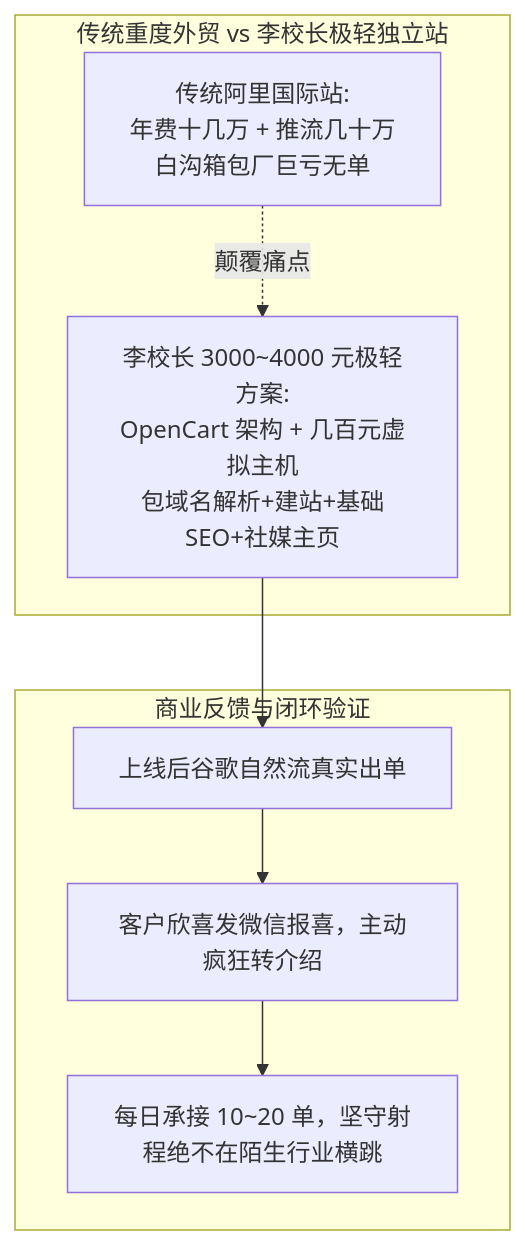
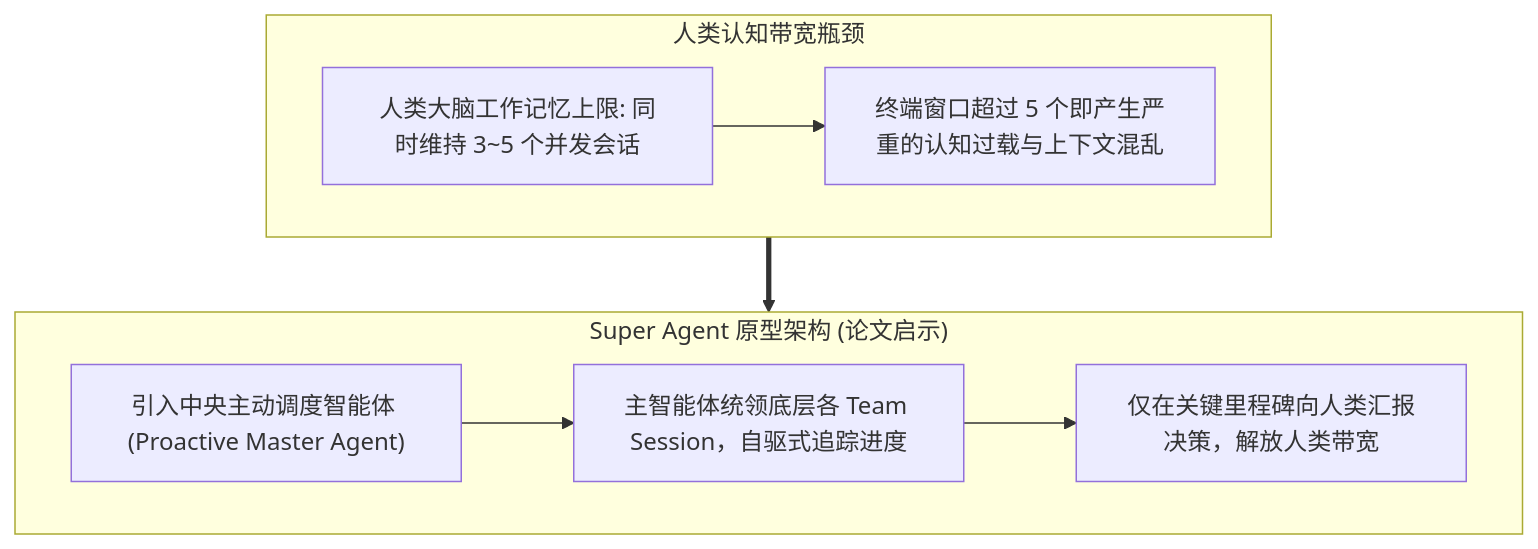
Before and after one commit to dollarser/knowledge: diagram 11 of 16 in content/live-20261102-01.md, drawn with Mermaid. The commit also changed other lines of this file and 1 other file, not shown here.

Commit message:
feat(qizhi): deep full-text distillation for 2026-11-02 session 92 (11.4h)

````diff
--- a/content/live-20261102-01.md
+++ b/content/live-20261102-01.md
@@ -157,15 +377,17 @@
 ```mermaid
 flowchart TD
-    subgraph Contrast["传统重度外贸 vs 李校长极轻独立站"]
-        A1["传统阿里国际站:<br/>年费十几万 + 推流几十万<br/>白沟箱包厂巨亏无单"]
-        B1["李校长 3000~4000 元极轻方案:<br/>OpenCart 架构 + 几百元虚拟主机<br/>包域名解析+建站+基础SEO+社媒主页"]
+    subgraph Bottleneck["人类认知带宽瓶颈"]
+        B1["人类大脑工作记忆上限: 同时维持 3~5 个并发会话"]
+        B2["终端窗口超过 5 个即产生严重的认知过载与上下文混乱"]
+        B1 --> B2
     end
 
-    subgraph Result["商业反馈与闭环验证"]
-        B1 --> B2["上线后谷歌自然流真实出单"]
-        B2 --> B3["客户欣喜发微信报喜，主动疯狂转介绍"]
-        B3 --> B4["每日承接 10~20 单，坚守射程绝不在陌生行业横跳"]
+    subgraph Solution["Super Agent 原型架构 (论文启示)"]
+        S1["引入中央主动调度智能体 (Proactive Master Agent)"]
+        S2["主智能体统领底层各 Team Session，自驱式追踪进度"]
+        S3["仅在关键里程碑向人类汇报决策，解放人类带宽"]
+        S1 --> S2 --> S3
     end
 
-    A1 -.->|颠覆痛点| B1
+    Bottleneck ==> Solution
 ```
````
